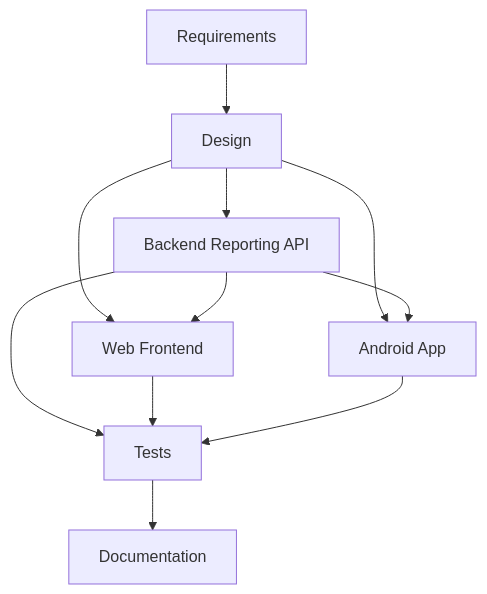
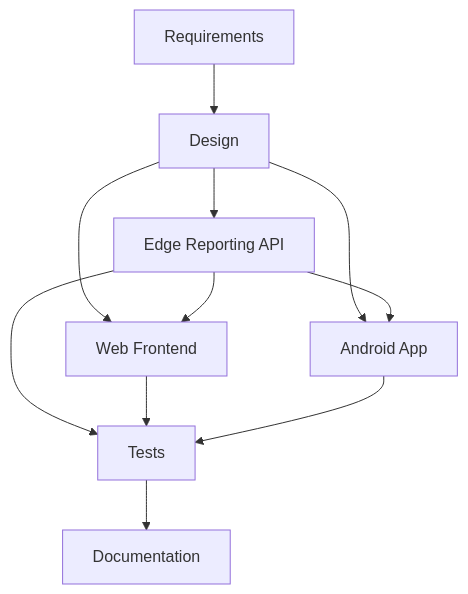
One commit to kkaovsp/2025-ITCS383-Aaaaaaa changed the diagram in D4_IMPACT_ANALYSIS.md. Above: the diagram before and after it, drawn with Mermaid. The commit also changed 12 other files, not shown here.

````diff
--- a/D4_IMPACT_ANALYSIS.md
+++ b/D4_IMPACT_ANALYSIS.md
@@ -65,21 +65,21 @@
 ```mermaid
 graph TD
   Requirements[Requirements]
   Design[Design]
-  Backend[Backend Reporting API]
+  Backend[Edge Reporting API]
   Web[Web Frontend]
   Mobile[Android App]
   Tests[Tests]
   Docs[Documentation]
 
   Requirements --> Design
   Design --> Backend
   Design --> Web
   Design --> Mobile
   Backend --> Web
   Backend --> Mobile
   Backend --> Tests
   Web --> Tests
   Mobile --> Tests
   Tests --> Docs
 ```
````
